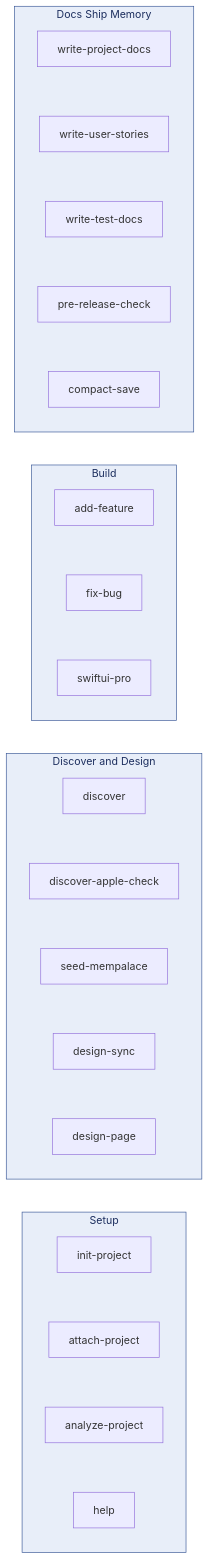
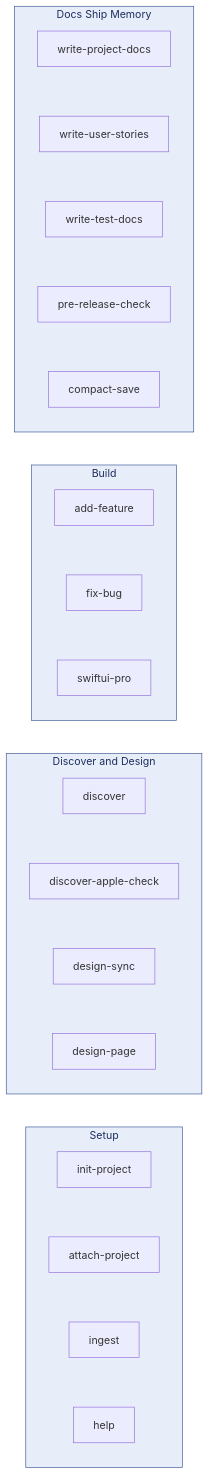
The diagram in docs/diagrams/skills-ecosystem.md (vladislavsournine/vladyslav-skills), drawn with Mermaid before and after one commit. The commit also changed other lines of this file and 21 other files, not shown here.

````diff
--- a/docs/diagrams/skills-ecosystem.md
+++ b/docs/diagrams/skills-ecosystem.md
@@ -5,42 +5,41 @@
 ```mermaid
 flowchart LR
     subgraph SETUP [Setup]
         direction TB
         s1[init-project]
         s2[attach-project]
-        s3[analyze-project]
+        s3[ingest]
         s4[help]
         s1 ~~~ s2 ~~~ s3 ~~~ s4
     end
 
     subgraph DISCOVER [Discover and Design]
         direction TB
         d1[discover]
         d2[discover-apple-check]
-        d3[seed-mempalace]
-        d4[design-sync]
-        d5[design-page]
-        d1 ~~~ d2 ~~~ d3 ~~~ d4 ~~~ d5
+        d3[design-sync]
+        d4[design-page]
+        d1 ~~~ d2 ~~~ d3 ~~~ d4
     end
 
     subgraph BUILD [Build]
         direction TB
         b1[add-feature]
         b2[fix-bug]
         b3[swiftui-pro]
         b1 ~~~ b2 ~~~ b3
     end
 
     subgraph SHIP [Docs Ship Memory]
         direction TB
         sh1[write-project-docs]
         sh2[write-user-stories]
         sh3[write-test-docs]
         sh4[pre-release-check]
         sh5[compact-save]
         sh1 ~~~ sh2 ~~~ sh3 ~~~ sh4 ~~~ sh5
     end
 
     classDef cluster fill:#e8eef9,stroke:#3b5998,color:#1c2e5e
     class SETUP,DISCOVER,BUILD,SHIP cluster
 ```
````
